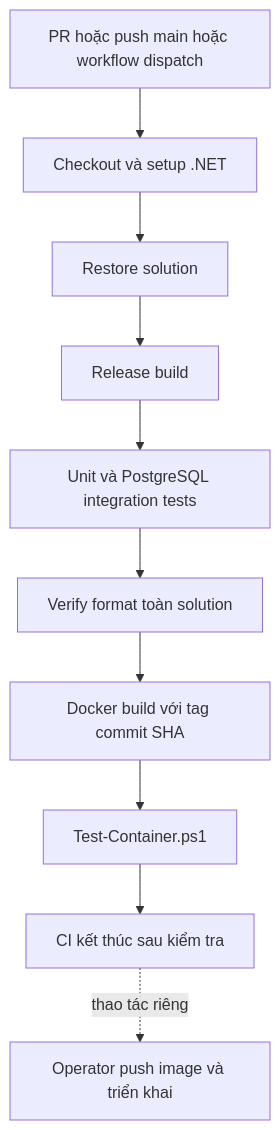
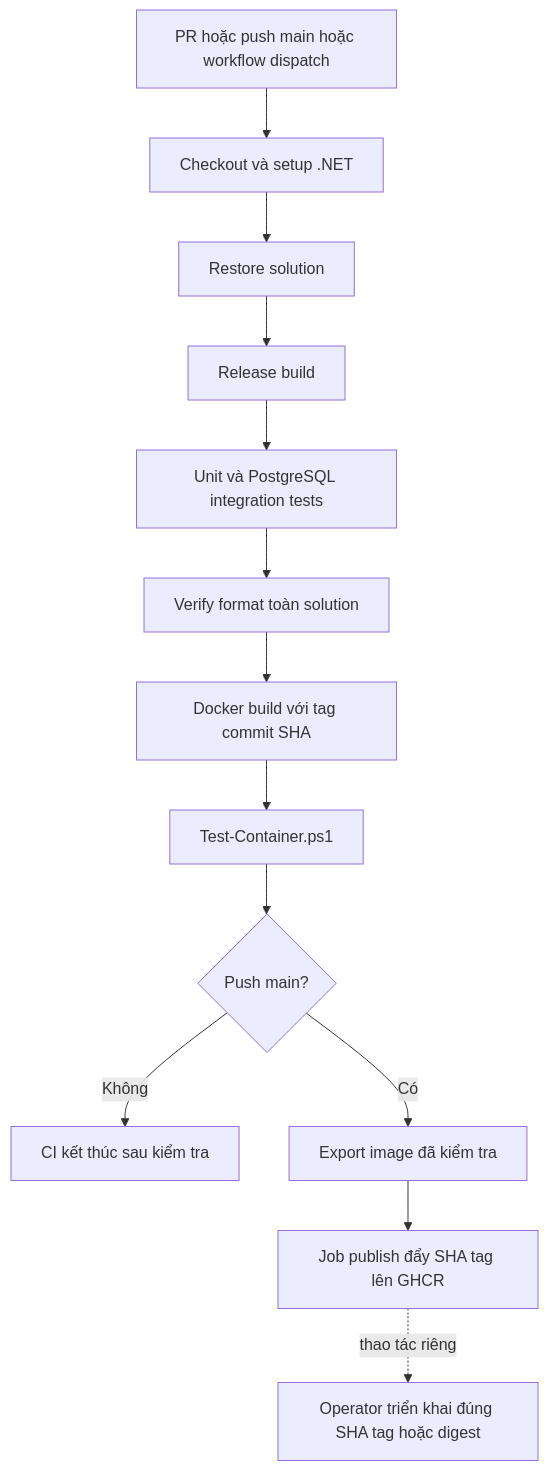
One commit to hoangnam-dev/CG03_AboutMe_API changed diagram 33 of 35 in docs/architecture/CURRENT_PROCESS_FLOWS.md. Above: the diagram before and after it, drawn with Mermaid. The commit also changed other lines of this file and 4 other files, not shown here.

Commit message:
ci: publish verified image to GHCR

````diff
--- a/docs/architecture/CURRENT_PROCESS_FLOWS.md
+++ b/docs/architecture/CURRENT_PROCESS_FLOWS.md
@@ -1620,12 +1620,15 @@
 ```mermaid
 flowchart TD
     Event[PR hoặc push main hoặc workflow dispatch] --> Checkout[Checkout và setup .NET]
     Checkout --> Restore[Restore solution]
     Restore --> Build[Release build]
     Build --> Tests[Unit và PostgreSQL integration tests]
     Tests --> Format[Verify format toàn solution]
     Format --> Image[Docker build với tag commit SHA]
     Image --> Smoke[Test-Container.ps1]
-    Smoke --> Result[CI kết thúc sau kiểm tra]
-    Result -. thao tác riêng .-> Operator[Operator push image và triển khai]
+    Smoke --> Gate{Push main?}
+    Gate -->|Không| Result[CI kết thúc sau kiểm tra]
+    Gate -->|Có| Artifact[Export image đã kiểm tra]
+    Artifact --> Publish[Job publish đẩy SHA tag lên GHCR]
+    Publish -. thao tác riêng .-> Operator[Operator triển khai đúng SHA tag hoặc digest]
 ```
````
